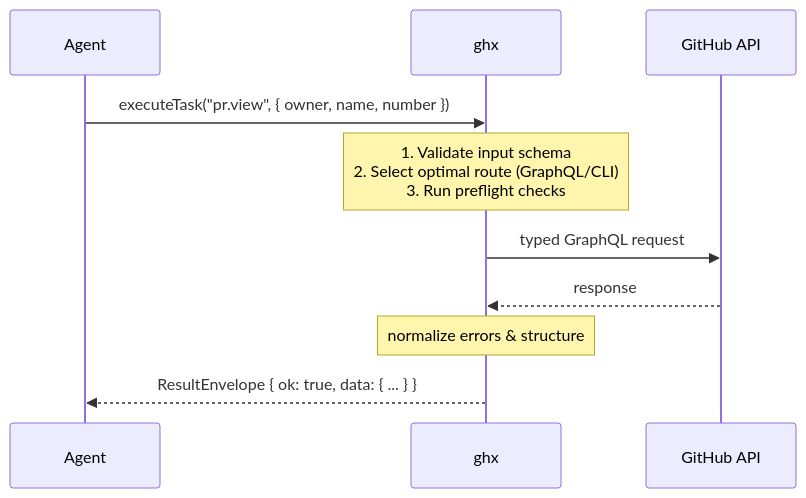
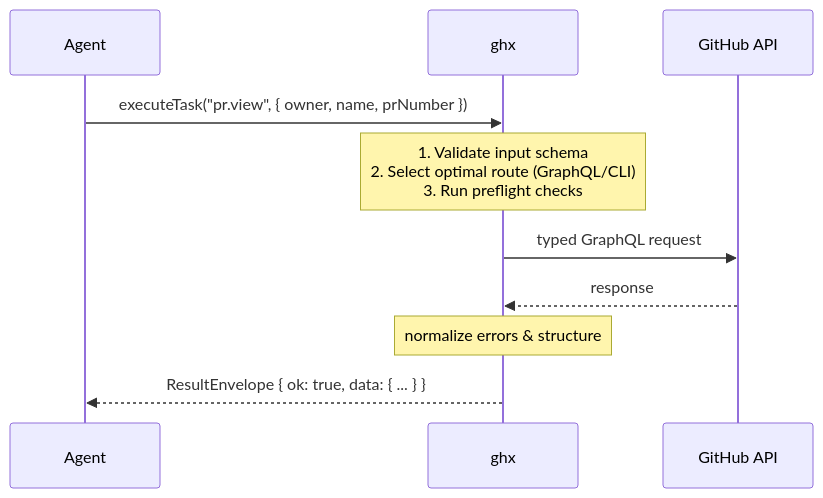
Before and after one commit to aryeko/ghx: the diagram in packages/core/README.md, drawn with Mermaid. The commit also changed other lines of this file and 15 other files, not shown here.

````diff
--- a/packages/core/README.md
+++ b/packages/core/README.md
@@ -23,18 +23,18 @@
 ```mermaid
 sequenceDiagram
     participant Agent
     participant ghx as ghx
     participant GH as GitHub API
 
     %% Agent requests a typed execution
-    Agent->>ghx: executeTask("pr.view", { owner, name, number })
+    Agent->>ghx: executeTask("pr.view", { owner, name, prNumber })
     
     %% ghx routing engine takes over
     Note over ghx: 1. Validate input schema<br/>2. Select optimal route (GraphQL/CLI)<br/>3. Run preflight checks
     ghx->>GH: typed GraphQL request
     GH-->>ghx: response
     Note over ghx: normalize errors & structure
     
     %% Stable envelope returned
     ghx-->>Agent: ResultEnvelope { ok: true, data: { ... } }
 ```
````
